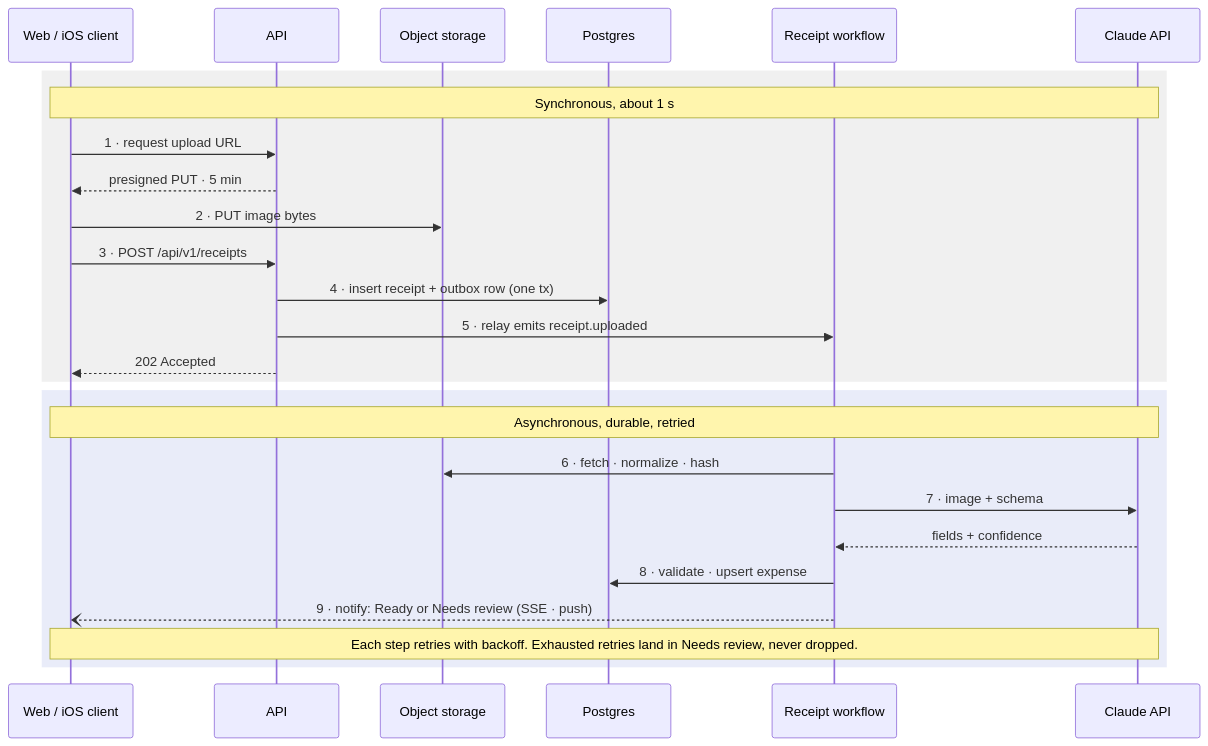
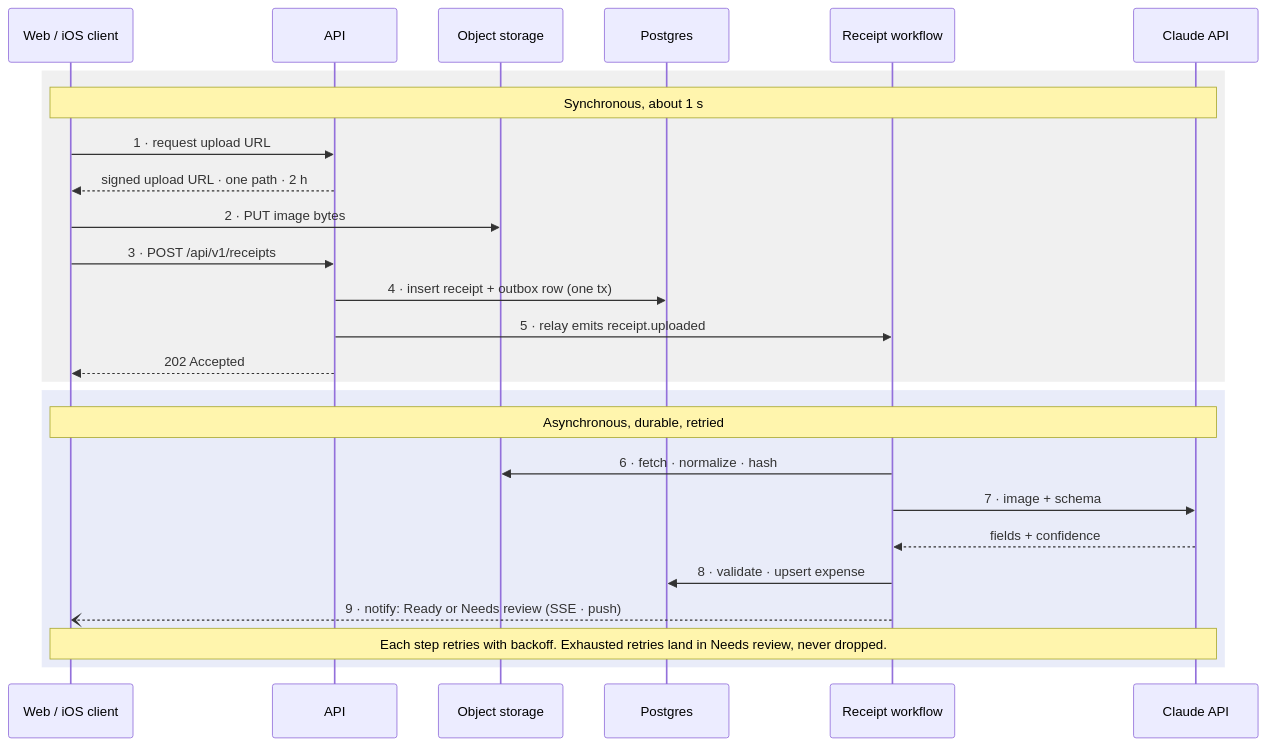
Before and after one commit to mronan83/ExpenseWise: the third of 6 diagrams in docs/05-architecture.md, drawn with Mermaid. The commit also changed other lines of this file and 9 other files, not shown here.

First line of the commit message:
docs: align architecture, delivery, roadmap and risks with ADR-0013

````diff
--- a/docs/05-architecture.md
+++ b/docs/05-architecture.md
@@ -115,28 +115,28 @@
 ```mermaid
 sequenceDiagram
     participant C as Web / iOS client
     participant API as API
     participant OS as Object storage
     participant DB as Postgres
     participant WF as Receipt workflow
     participant AI as Claude API
     rect rgba(128, 128, 128, 0.12)
     Note over C,AI: Synchronous, about 1 s
     C->>API: 1 · request upload URL
-    API-->>C: presigned PUT · 5 min
+    API-->>C: signed upload URL · one path · 2 h
     C->>OS: 2 · PUT image bytes
     C->>API: 3 · POST /api/v1/receipts
     API->>DB: 4 · insert receipt + outbox row (one tx)
     API->>WF: 5 · relay emits receipt.uploaded
     API-->>C: 202 Accepted
     end
     rect rgba(45, 67, 194, 0.10)
     Note over C,AI: Asynchronous, durable, retried
     WF->>OS: 6 · fetch · normalize · hash
     WF->>AI: 7 · image + schema
     AI-->>WF: fields + confidence
     WF->>DB: 8 · validate · upsert expense
     WF--)C: 9 · notify: Ready or Needs review (SSE · push)
     Note over C,AI: Each step retries with backoff. Exhausted retries land in Needs review, never dropped.
     end
 ```
````
